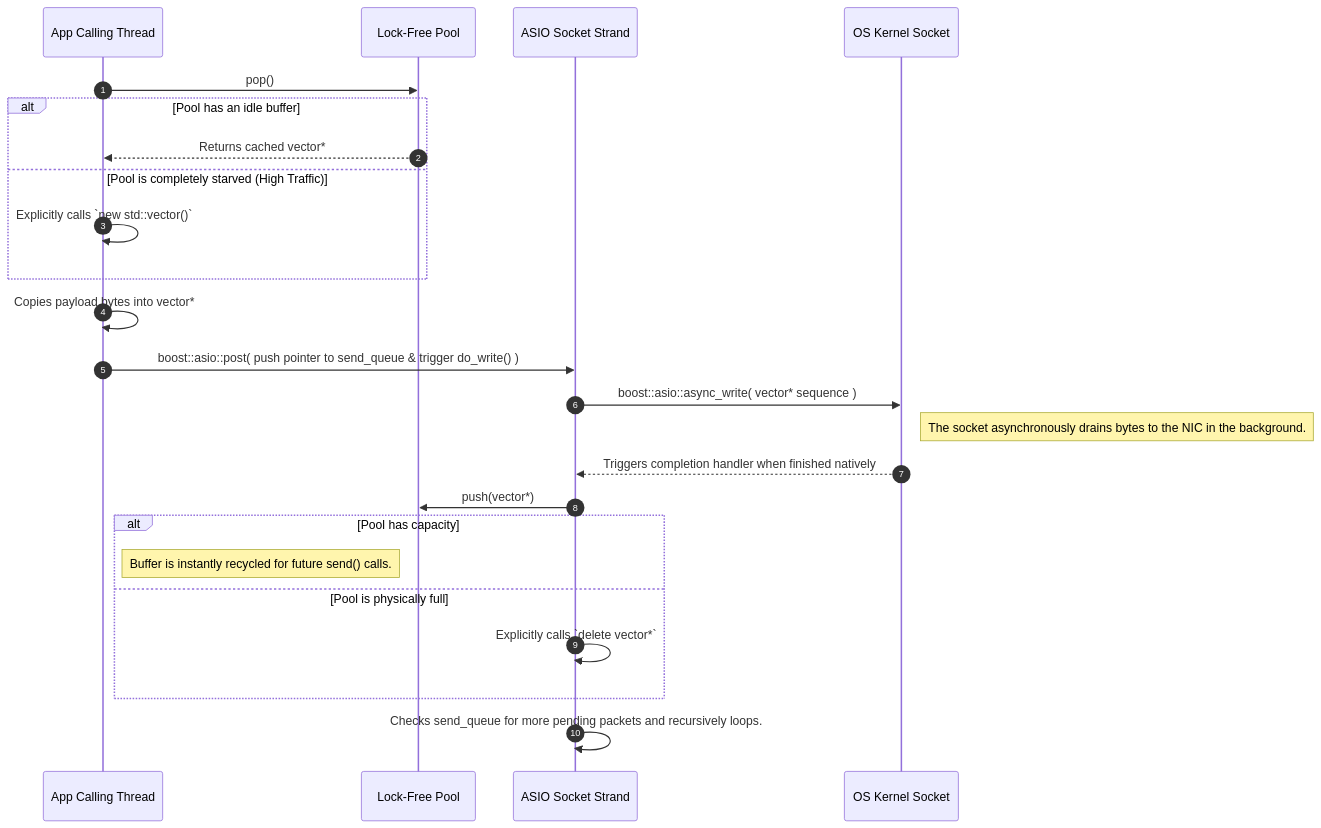
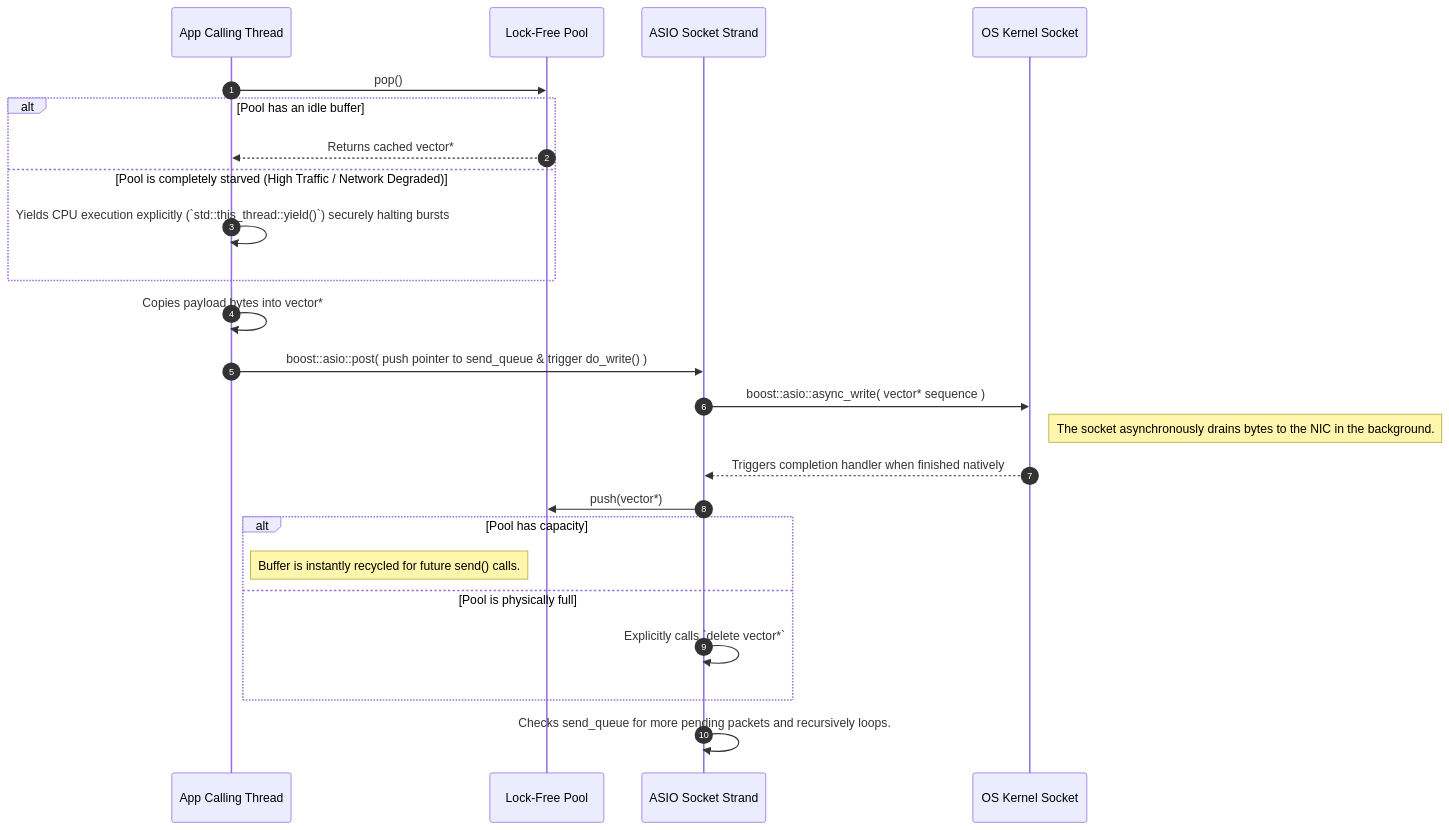
The first of 3 diagrams in architecture.md (xUrbana/librim), drawn with Mermaid before and after one commit. The commit also changed other lines of this file and 11 other files, not shown here.

````diff
--- a/architecture.md
+++ b/architecture.md
@@ -31,30 +31,30 @@
 ```mermaid
 sequenceDiagram
     autonumber
     participant Thread as App Calling Thread
     participant Pool as Lock-Free Pool
     participant Strand as ASIO Socket Strand
     participant Socket as OS Kernel Socket
 
     Thread->>Pool: pop()
     alt Pool has an idle buffer
         Pool-->>Thread: Returns cached vector*
-    else Pool is completely starved (High Traffic)
-        Thread->>Thread: Explicitly calls `new std::vector()`
+    else Pool is completely starved (High Traffic / Network Degraded)
+        Thread->>Thread: Yields CPU execution explicitly (`std::this_thread::yield()`) securely halting bursts
     end
     Thread->>Thread: Copies payload bytes into vector*
     Thread->>Strand: boost::asio::post( push pointer to send_queue & trigger do_write() )
     
     Strand->>Socket: boost::asio::async_write( vector* sequence )
     Note right of Socket: The socket asynchronously drains bytes to the NIC in the background.
     
     Socket-->>Strand: Triggers completion handler when finished natively
     Strand->>Pool: push(vector*)
     alt Pool has capacity
         Note left of Pool: Buffer is instantly recycled for future send() calls.
     else Pool is physically full 
         Strand->>Strand: Explicitly calls `delete vector*` 
     end
     
     Strand->>Strand: Checks send_queue for more pending packets and recursively loops.
 ```
````
